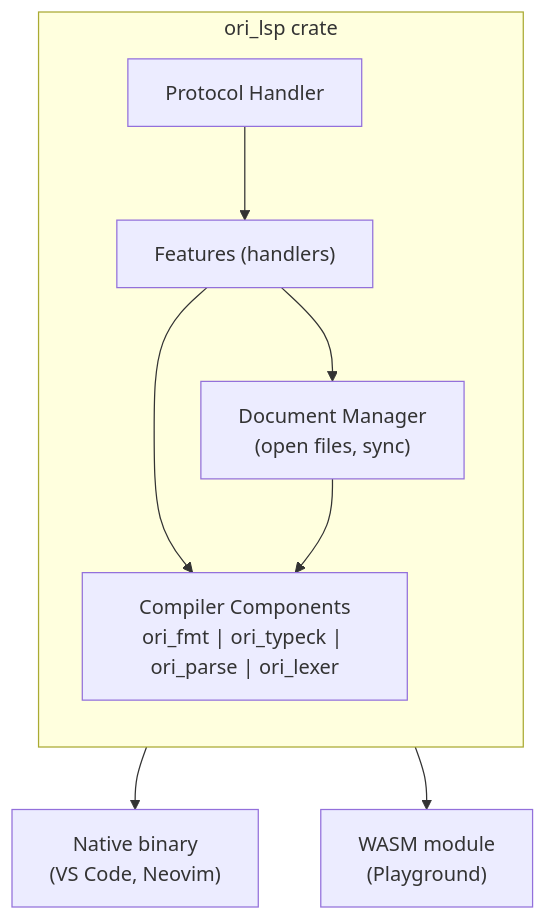
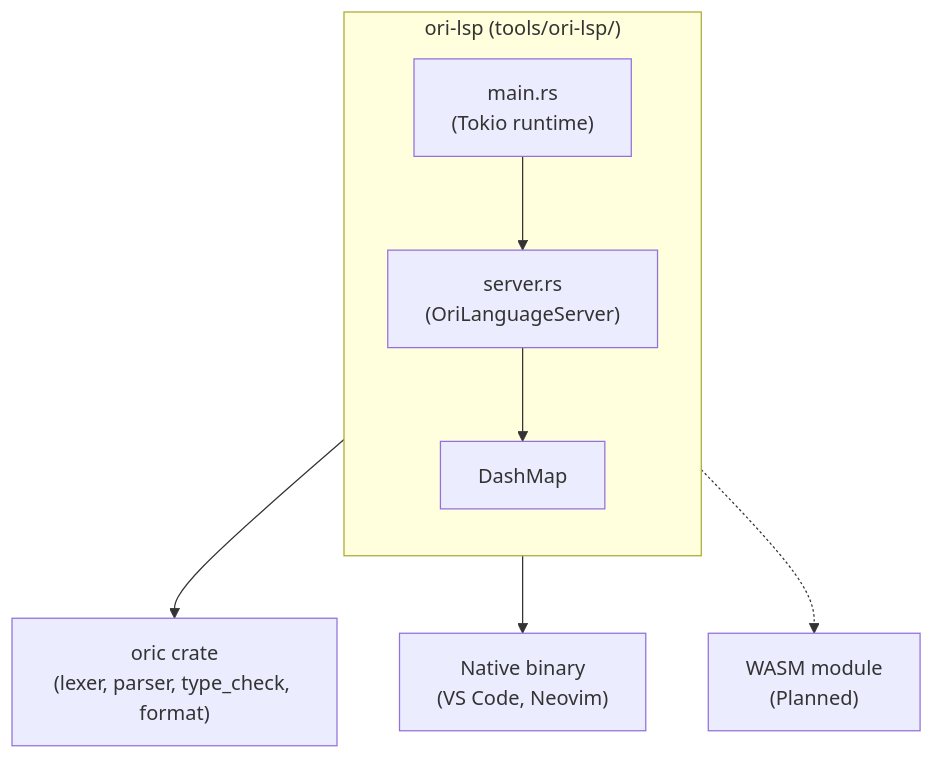
The diagram in docs/tooling/lsp/design/index.md (upstat-io/ori-lang), drawn with Mermaid before and after one commit. The commit also changed other lines of this file and 93 other files, not shown here.

````diff
--- a/docs/tooling/lsp/design/index.md
+++ b/docs/tooling/lsp/design/index.md
@@ -38,18 +56,17 @@
 ```mermaid
 flowchart TD
-    subgraph LSP["ori_lsp crate"]
+    subgraph LSP["ori-lsp (tools/ori-lsp/)"]
         direction TB
-        Protocol["Protocol Handler"]
-        Features["Features (handlers)"]
-        DocMgr["Document Manager<br/>(open files, sync)"]
-        Compiler["Compiler Components<br/>ori_fmt | ori_typeck | ori_parse | ori_lexer"]
+        Main["main.rs<br/>(Tokio runtime)"]
+        Server["server.rs<br/>(OriLanguageServer)"]
+        Docs["DashMap<Url, Document>"]
 
-        Protocol --> Features
-        Features --> DocMgr
-        Features --> Compiler
-        DocMgr --> Compiler
+        Main --> Server
+        Server --> Docs
     end
 
+    Server --> oric["oric crate<br/>(lexer, parser, type_check, format)"]
+
     LSP --> Native["Native binary<br/>(VS Code, Neovim)"]
-    LSP --> WASM["WASM module<br/>(Playground)"]
+    LSP -.-> WASM["WASM module<br/>(Planned)"]
 ```
````
